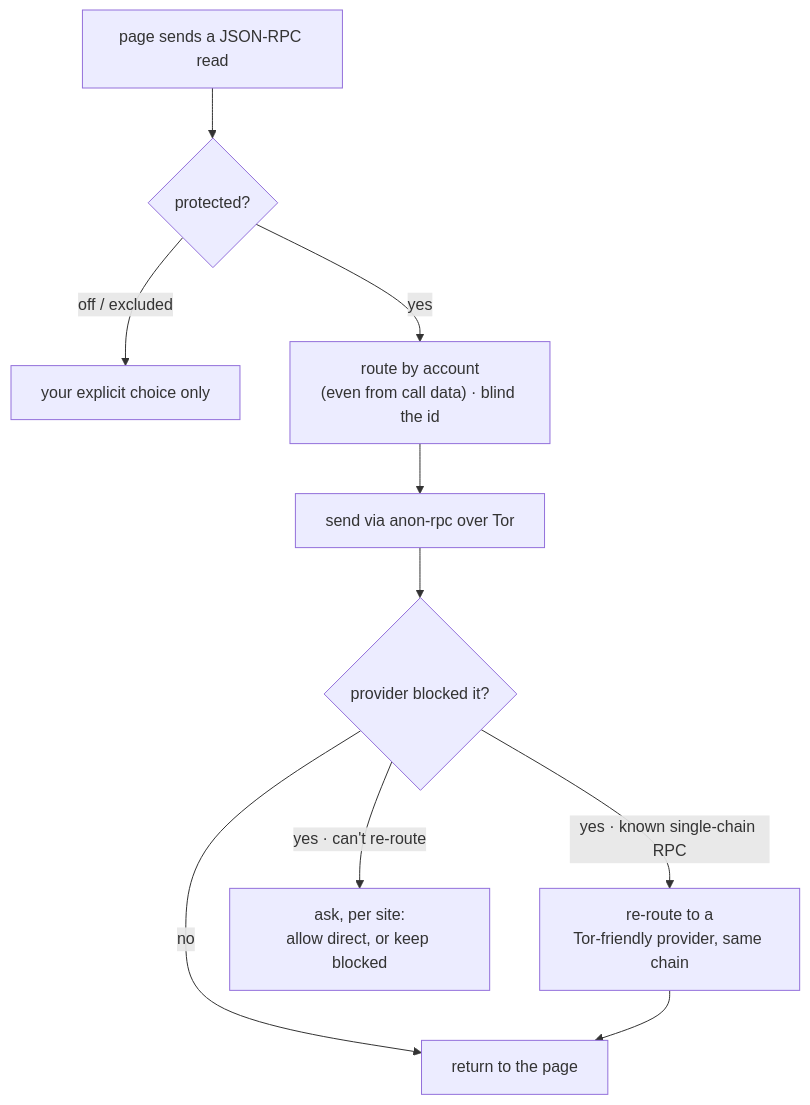
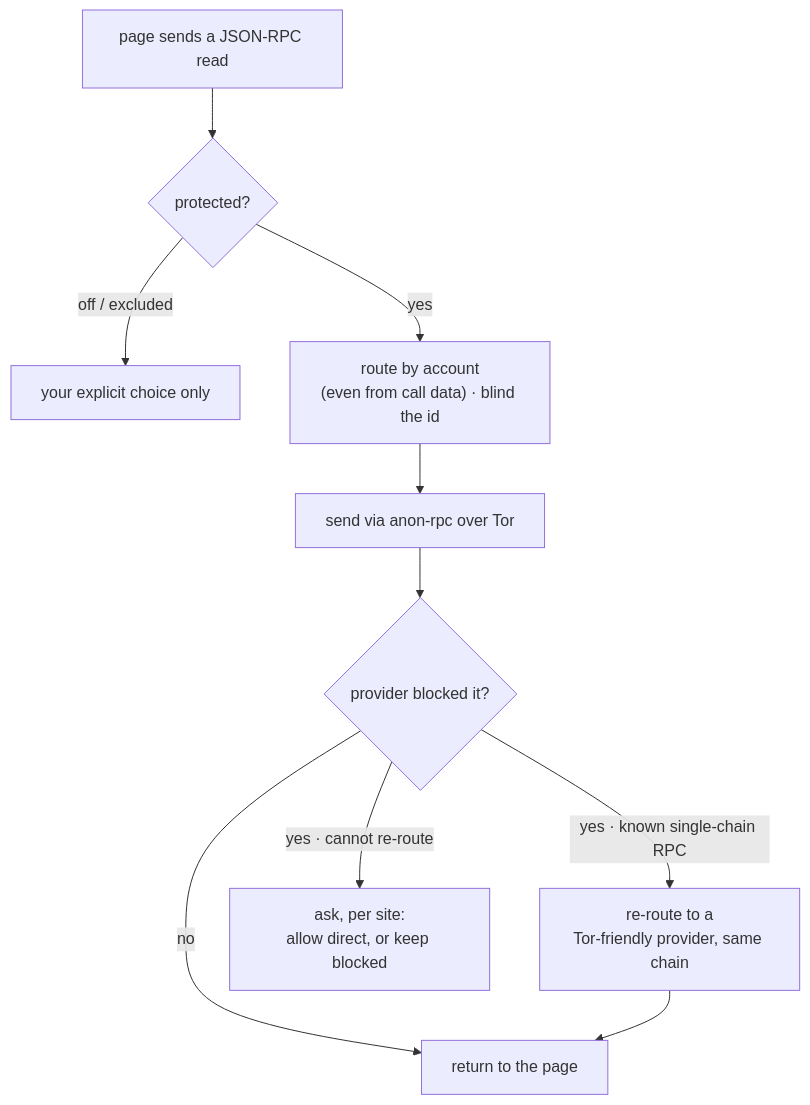
The third of 3 diagrams in README.md (Aman035/veil), drawn with Mermaid before and after one commit. The commit also changed other lines of this file and 40 other files, not shown here.

Commit message:
chore: rename project to Veil; restructured README with diagrams and CROPS; add MIT LICENSE

````diff
--- a/README.md
+++ b/README.md
@@ -68,11 +96,11 @@
 ```mermaid
 flowchart TD
   A["page sends a JSON-RPC read"] --> B{"protected?"}
   B -- "off / excluded" --> Z["your explicit choice only"]
   B -- yes --> C["route by account<br/>(even from call data) · blind the id"]
   C --> E["send via anon-rpc over Tor"]
   E --> F{"provider blocked it?"}
   F -- no --> OK["return to the page"]
   F -- "yes · known single-chain RPC" --> G["re-route to a<br/>Tor-friendly provider, same chain"] --> OK
-  F -- "yes · can't re-route" --> ASK["ask, per site:<br/>allow direct, or keep blocked"]
+  F -- "yes · cannot re-route" --> ASK["ask, per site:<br/>allow direct, or keep blocked"]
 ```
````
